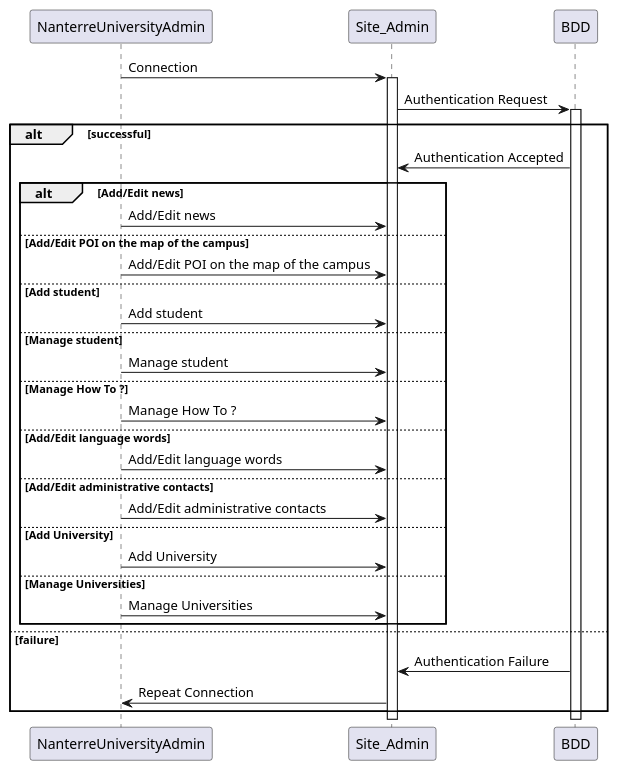
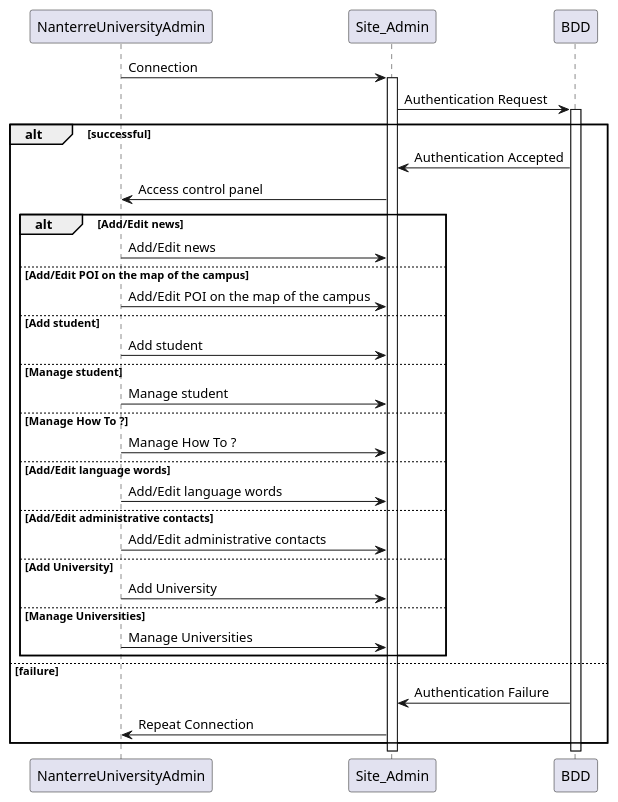
One commit to Miage-Paris-Ouest/m1c20152016-mobonline changed the diagram in diagrams/NanterreUniversityAdminSequence.puml. Above: the diagram before and after it, drawn with PlantUML. The commit also changed 3 other files, not shown here.

```diff
--- a/diagrams/NanterreUniversityAdminSequence.puml
+++ b/diagrams/NanterreUniversityAdminSequence.puml
@@ -1,49 +1,50 @@
 @startuml
 
 NanterreUniversityAdmin -> Site_Admin: Connection
 activate Site_Admin
 
 
 Site_Admin -> BDD: Authentication Request
 activate BDD
 
 alt successful
 
     BDD -> Site_Admin: Authentication Accepted
+    Site_Admin -> NanterreUniversityAdmin : Access control panel
 
         alt Add/Edit news
             NanterreUniversityAdmin -> Site_Admin: Add/Edit news
 
         else Add/Edit POI on the map of the campus
             NanterreUniversityAdmin -> Site_Admin: Add/Edit POI on the map of the campus
 
         else Add student
              NanterreUniversityAdmin -> Site_Admin: Add student
 
         else Manage student
              NanterreUniversityAdmin -> Site_Admin: Manage student
 
         else Manage How To ?
              NanterreUniversityAdmin -> Site_Admin: Manage How To ?
 
         else Add/Edit language words
             NanterreUniversityAdmin -> Site_Admin: Add/Edit language words
 
         else Add/Edit administrative contacts
              NanterreUniversityAdmin -> Site_Admin: Add/Edit administrative contacts
 
         else Add University
              NanterreUniversityAdmin -> Site_Admin: Add University
 
         else Manage Universities
              NanterreUniversityAdmin -> Site_Admin: Manage Universities
         end
 
 else failure
 
     BDD -> Site_Admin: Authentication Failure
     Site_Admin->NanterreUniversityAdmin : Repeat Connection
 end
 
 
 @enduml
```
